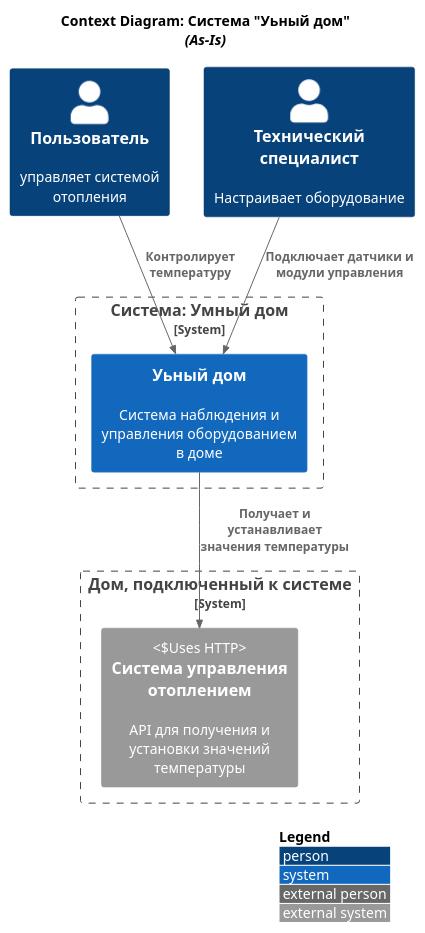
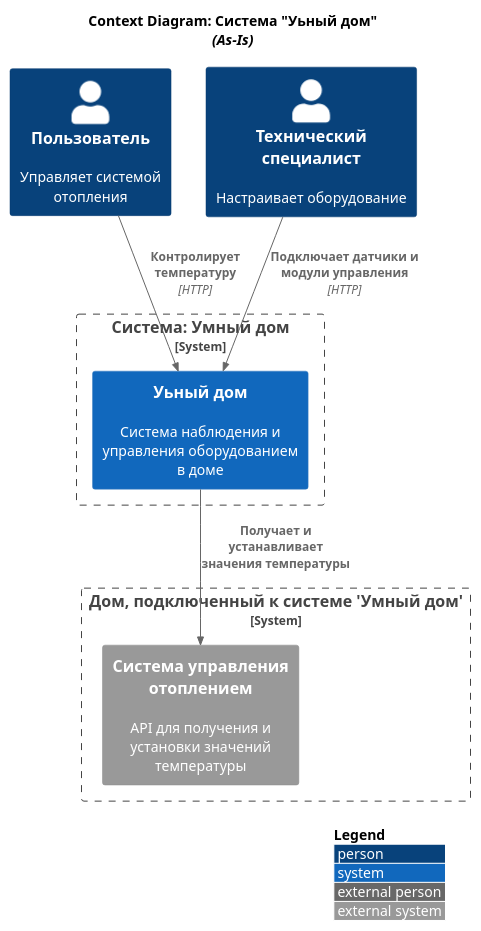
Before and after one commit to zergnk/architecture-pro-warmhouse: the diagram in schemas/C4/context/as_is.puml, drawn with PlantUML. The commit also changed 1 other file, not shown here.

Commit message:
Changed as_is.puml diagram.

```diff
--- a/schemas/C4/context/as_is.puml
+++ b/schemas/C4/context/as_is.puml
@@ -1,28 +1,28 @@
 @startuml
 title
     Context Diagram: Система "Уьный дом"
     <i>(As-Is)</i>
 end title
 
 top to bottom direction
 
-!include https://raw.githubusercontent.com/plantuml-stdlib/C4-PlantUML/master/C4_Context.puml
+!include <C4/C4_Context.puml>
 
 LAYOUT_WITH_LEGEND()
 
-Person(user, "Пользователь", "управляет системой отопления")
+Person(user, "Пользователь", "Управляет системой отопления")
 Person(technical_specialist, "Технический специалист", "Настрaивает оборудование")
 
 System_Boundary(smart_house_boundary, "Система: Умный дом") {
     System(smart_house, "Уьный дом", "Система наблюдения и управления оборудованием в доме")
 }
 
-System_Boundary(external_house_boundary, "Дом, подключенный к системе") {
-    System_Ext(heating_system, "Система управления отоплением", "API для получения и установки значений температуры", "Uses HTTP")
+System_Boundary(external_house_boundary, "Дом, подключенный к системе 'Умный дом'") {
+    System_Ext(heating_system, "Система управления отоплением", "API для получения и установки значений температуры")
 }
 
-Rel(user, smart_house, "Контролирует температуру")
-Rel(technical_specialist, smart_house, "Подключает датчики и модули управления")
+Rel(user, smart_house, "Контролирует температуру", "HTTP")
+Rel(technical_specialist, smart_house, "Подключает датчики и модули управления", "HTTP")
 Rel(smart_house, heating_system,"Получает и устанавливает значения температуры")
 
 @enduml
```
